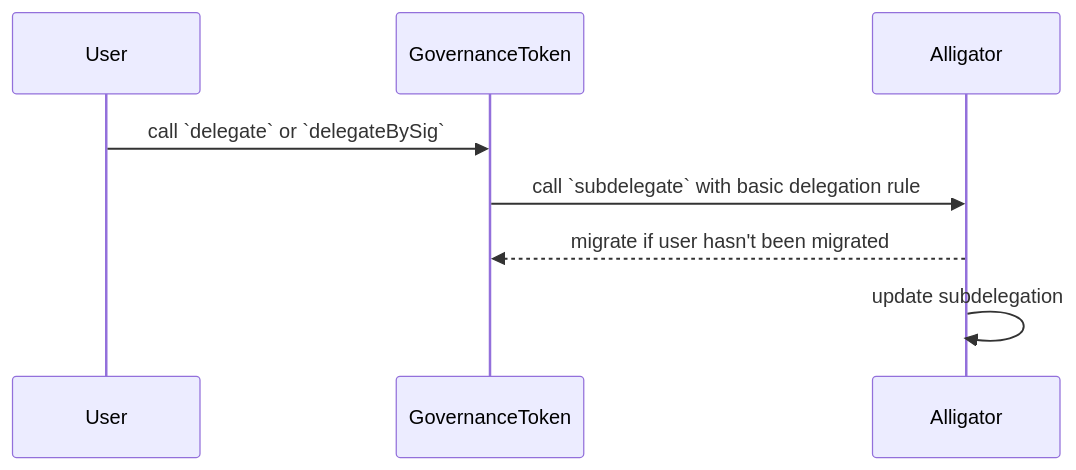
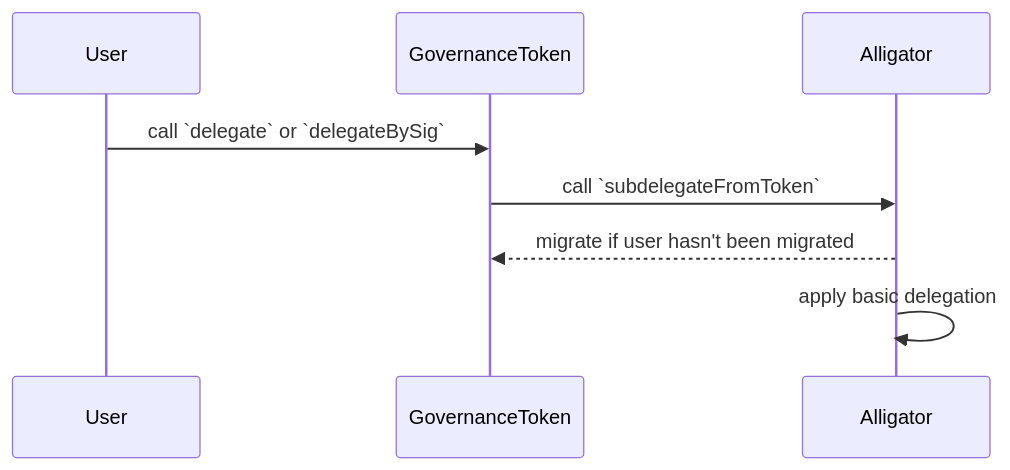
One commit to ethereum-optimism/specs changed the first of 2 diagrams in specs/experimental/alligator.md. Above: the diagram before and after it, drawn with Mermaid. The commit also changed other lines of this file, not shown here.

Commit message:
governance: update events and types

````diff
--- a/specs/experimental/alligator.md
+++ b/specs/experimental/alligator.md
@@ -362,7 +352,7 @@
 ```mermaid
 sequenceDiagram
     User ->> GovernanceToken: call `delegate` or `delegateBySig`
-    GovernanceToken ->> Alligator: call `subdelegate` with basic delegation rule
+    GovernanceToken ->> Alligator: call `subdelegateFromToken`
     Alligator -->> GovernanceToken: migrate if user hasn't been migrated
-    Alligator ->> Alligator: update subdelegation
+    Alligator ->> Alligator: apply basic delegation
 ```
````
